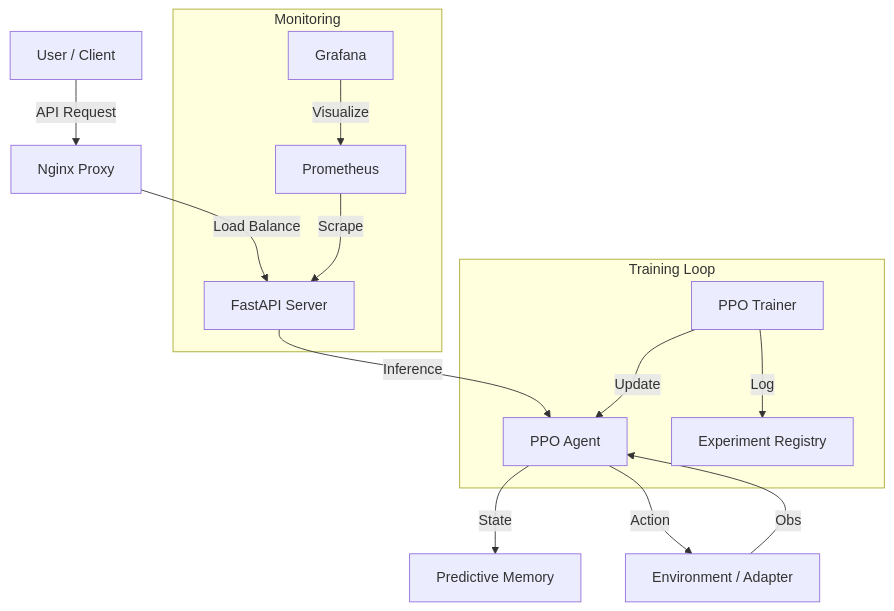
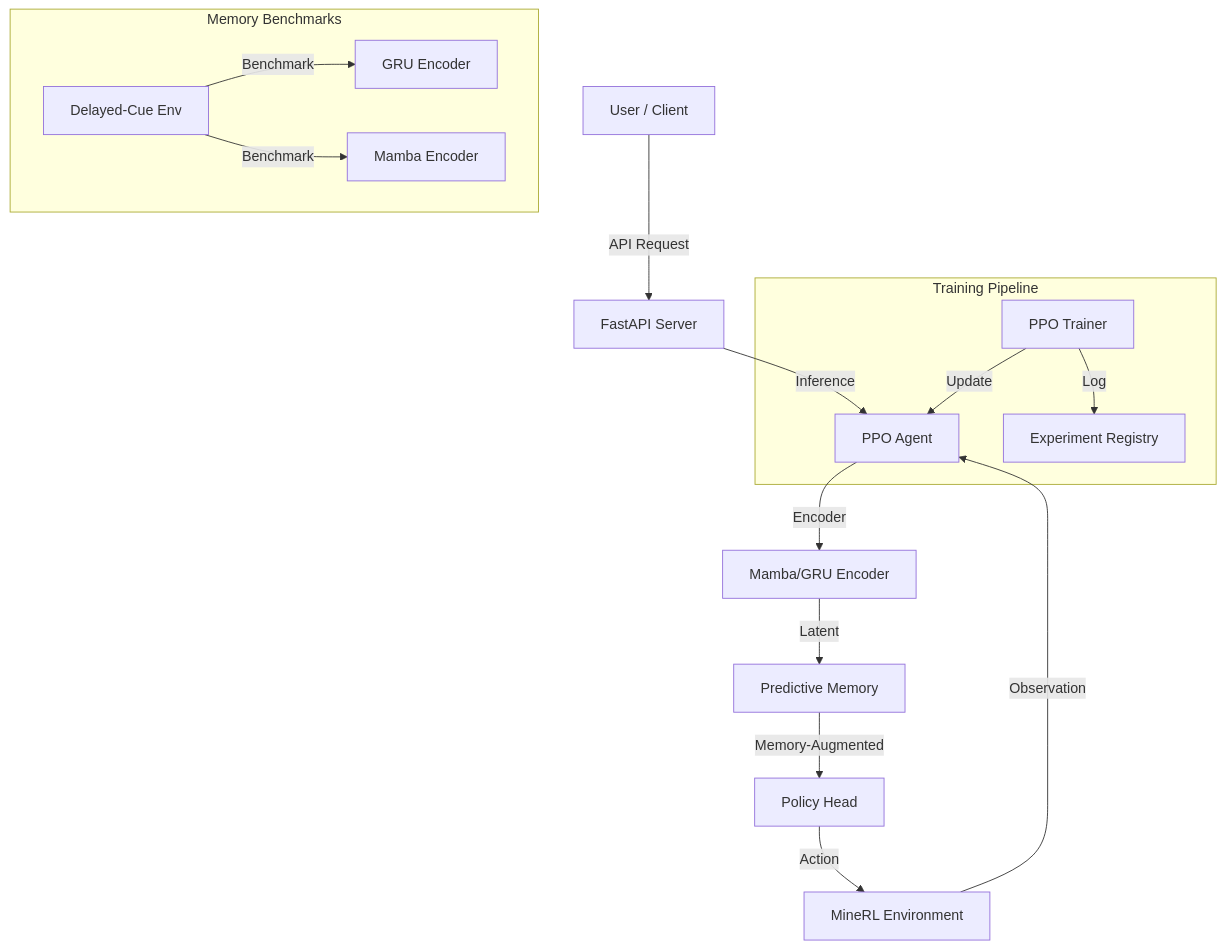
The diagram in README.md (dawsonblock/cyborg_mind), drawn with Mermaid before and after one commit. The commit also changed other lines of this file and 21 other files, not shown here.

First line of the commit message:
feat: Harden MineRL pipeline, add memory benchmarks & Pseudo-Mamba, update Docker

````diff
--- a/README.md
+++ b/README.md
@@ -61,19 +139,20 @@
 ```mermaid
 graph TD
-    User[User / Client] -->|API Request| Nginx[Nginx Proxy]
-    Nginx -->|Load Balance| API[FastAPI Server]
+    User[User / Client] -->|API Request| API[FastAPI Server]
     API -->|Inference| Agent[PPO Agent]
-    Agent -->|State| PMM[Predictive Memory]
-    Agent -->|Action| Env[Environment / Adapter]
-    Env -->|Obs| Agent
+    Agent -->|Encoder| Enc[Mamba/GRU Encoder]
+    Enc -->|Latent| PMM[Predictive Memory]
+    PMM -->|Memory-Augmented| Policy[Policy Head]
+    Policy -->|Action| Env[MineRL Environment]
+    Env -->|Observation| Agent
     
-    subgraph "Training Loop"
+    subgraph Training Pipeline
         Trainer[PPO Trainer] -->|Update| Agent
         Trainer -->|Log| Registry[Experiment Registry]
     end
     
-    subgraph "Monitoring"
-        Prometheus -->|Scrape| API
-        Grafana -->|Visualize| Prometheus
+    subgraph Memory Benchmarks
+        DelayedCue[Delayed-Cue Env] -->|Benchmark| GRU[GRU Encoder]
+        DelayedCue -->|Benchmark| Mamba[Mamba Encoder]
     end
 ```
````
